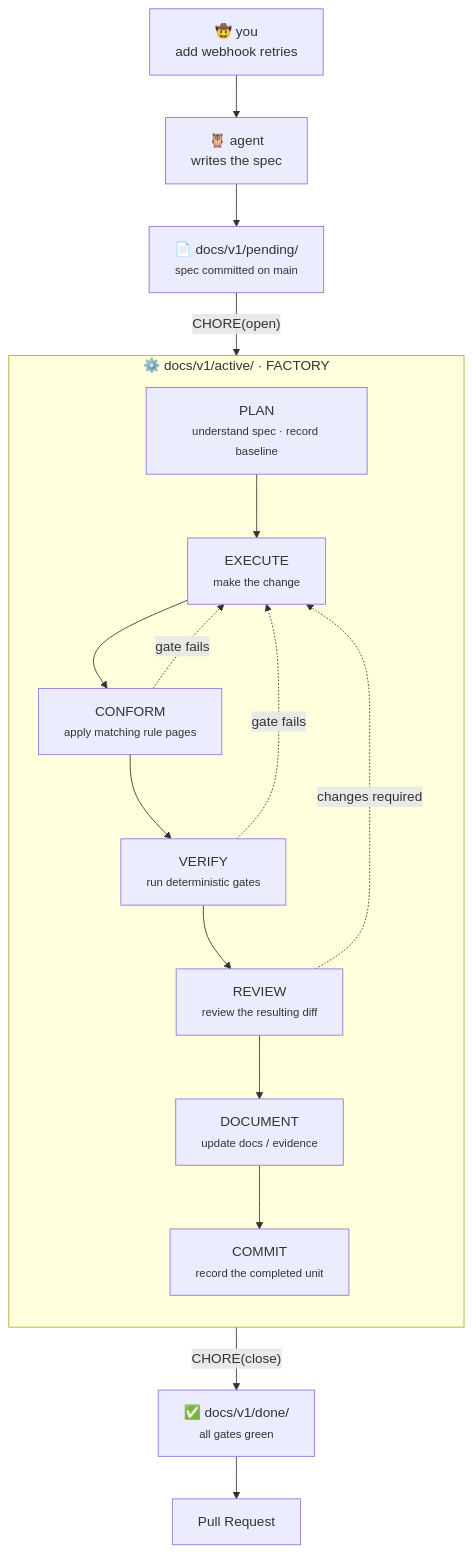
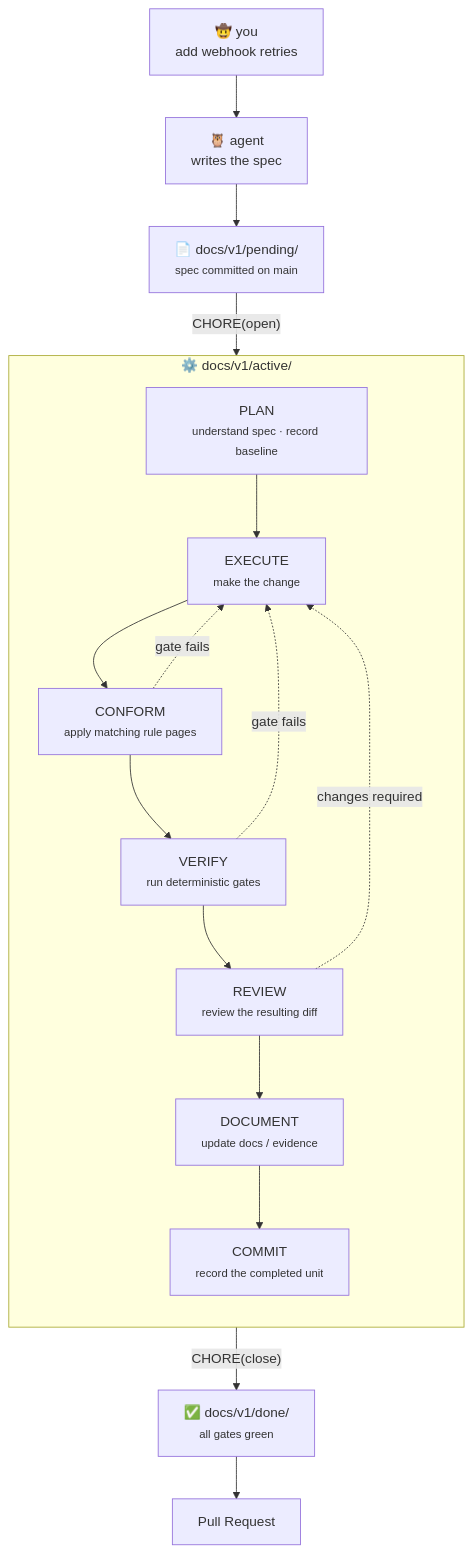
Before and after one commit to agentsfleet/orly: the second of 2 diagrams in README.md, drawn with Mermaid. The commit also changed other lines of this file, not shown here.

````diff
--- a/README.md
+++ b/README.md
@@ -131,36 +131,36 @@
 ```mermaid
 flowchart TB
     you["🤠 you<br/>add webhook retries"]
     agent["🦉 agent<br/>writes the spec"]
     pending["📄 docs/v1/pending/<br/><small>spec committed on main</small>"]
 
     you --> agent
     agent --> pending
     pending -->|"CHORE(open)"| plan
 
-    subgraph factory["⚙️ docs/v1/active/ · FACTORY"]
+    subgraph active["⚙️ docs/v1/active/"]
         direction TB
 
         plan["PLAN<br/><small>understand spec · record baseline</small>"]
         execute["EXECUTE<br/><small>make the change</small>"]
         conform["CONFORM<br/><small>apply matching rule pages</small>"]
         verify["VERIFY<br/><small>run deterministic gates</small>"]
         review["REVIEW<br/><small>review the resulting diff</small>"]
         document["DOCUMENT<br/><small>update docs / evidence</small>"]
         commit["COMMIT<br/><small>record the completed unit</small>"]
 
         plan --> execute
         execute --> conform
         conform --> verify
         verify --> review
         review --> document
         document --> commit
 
         conform -. "gate fails" .-> execute
         verify -. "gate fails" .-> execute
         review -. "changes required" .-> execute
     end
 
     commit -->|"CHORE(close)"| done["✅ docs/v1/done/<br/><small>all gates green</small>"]
     done --> pr["Pull Request"]
 ```
````
